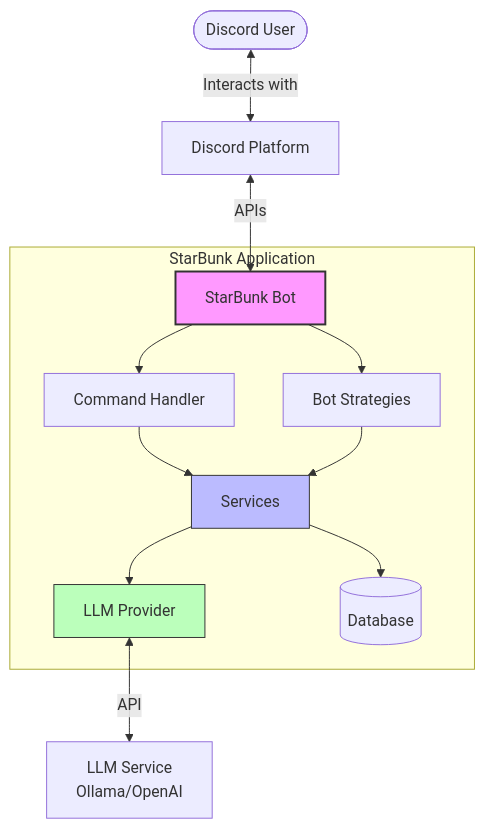
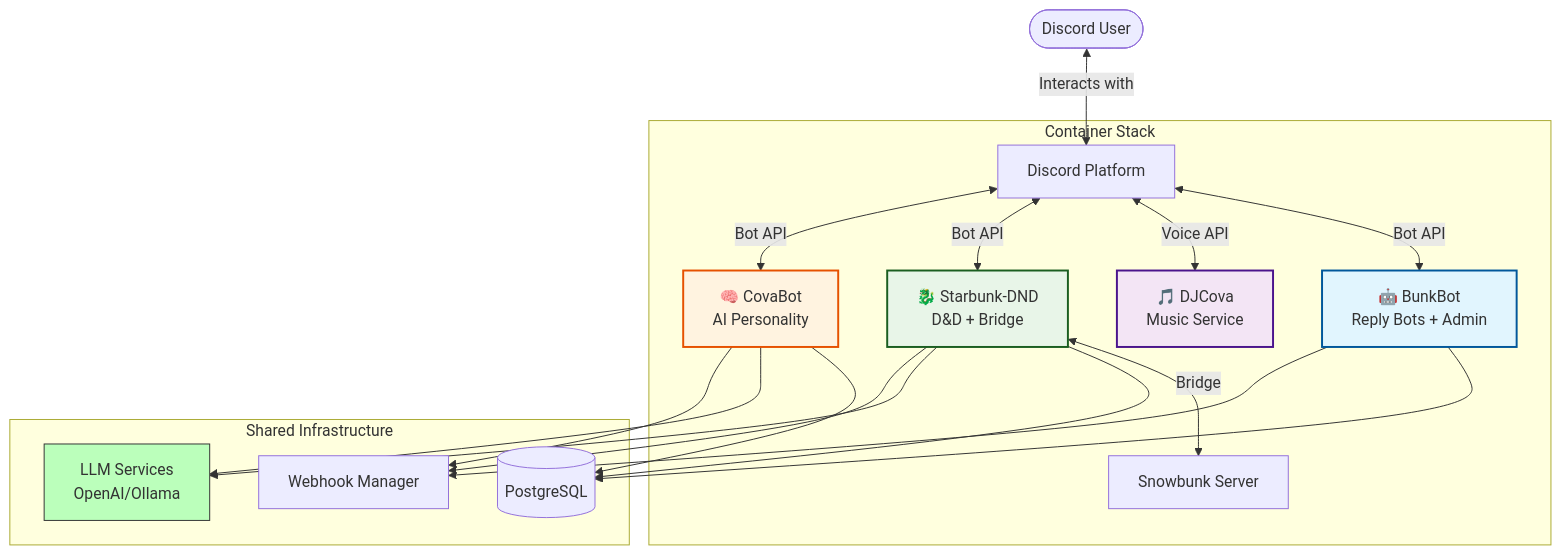
The first of 2 diagrams in README.md (andrewgari/starbunk-js), drawn with Mermaid before and after one commit. The commit also changed other lines of this file and 521 other files, not shown here.

First line of the commit message:
feat: Complete transition from monolithic to 4-container architecture

````diff
--- a/README.md
+++ b/README.md
@@ -134,20 +189,32 @@
 ```mermaid
 graph TD
     User([Discord User]) <-->|Interacts with| Discord[Discord Platform]
-    Discord <-->|APIs| Bot[StarBunk Bot]
-    
-    subgraph "StarBunk Application"
-        Bot --> Commands[Command Handler]
-        Bot --> Bots[Bot Strategies]
-        Commands --> Services[Services]
-        Bots --> Services
-        Services --> LLM[LLM Provider]
-        Services --> Database[(Database)]
+
+    subgraph "Container Stack"
+        Discord <-->|Bot API| BunkBot[🤖 BunkBot<br/>Reply Bots + Admin]
+        Discord <-->|Voice API| DJCova[🎵 DJCova<br/>Music Service]
+        Discord <-->|Bot API| StarbunkDND[🐉 Starbunk-DND<br/>D&D + Bridge]
+        Discord <-->|Bot API| CovaBot[🧠 CovaBot<br/>AI Personality]
+
+        StarbunkDND <-->|Bridge| Snowbunk[Snowbunk Server]
     end
-    
-    LLM <-->|API| LLMService[LLM Service<br>Ollama/OpenAI]
-    
-    style Bot fill:#f9f,stroke:#333,stroke-width:2px
-    style Services fill:#bbf,stroke:#333,stroke-width:1px
+
+    subgraph "Shared Infrastructure"
+        BunkBot --> SharedDB[(PostgreSQL)]
+        StarbunkDND --> SharedDB
+        CovaBot --> SharedDB
+
+        StarbunkDND --> LLM[LLM Services<br/>OpenAI/Ollama]
+        CovaBot --> LLM
+
+        BunkBot --> Webhooks[Webhook Manager]
+        CovaBot --> Webhooks
+        StarbunkDND --> Webhooks
+    end
+
+    style BunkBot fill:#e1f5fe,stroke:#01579b,stroke-width:2px
+    style DJCova fill:#f3e5f5,stroke:#4a148c,stroke-width:2px
+    style StarbunkDND fill:#e8f5e8,stroke:#1b5e20,stroke-width:2px
+    style CovaBot fill:#fff3e0,stroke:#e65100,stroke-width:2px
     style LLM fill:#bfb,stroke:#333,stroke-width:1px
 ```
````
